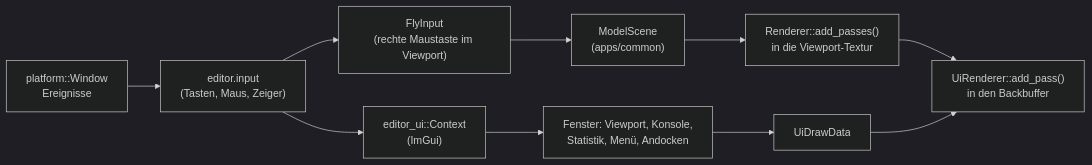
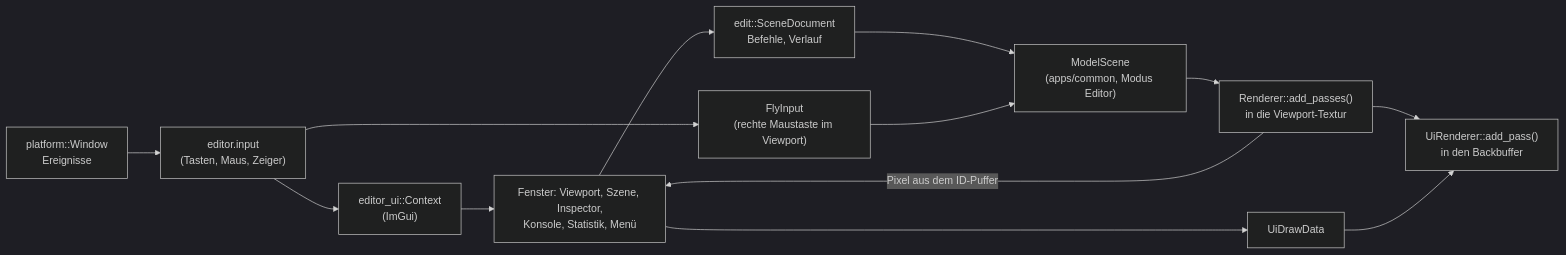
One commit to viiez/ngine changed the eighth of 14 diagrams in docs/architecture.md. Above: the diagram before and after it, drawn with Mermaid (dark theme). The commit also changed other lines of this file and 10 other files, not shown here.

````diff
--- a/docs/architecture.md
+++ b/docs/architecture.md
@@ -262,12 +266,15 @@
 ```mermaid
 flowchart LR
     events["platform::Window<br/>Ereignisse"] --> input["editor.input<br/>(Tasten, Maus, Zeiger)"]
     input --> ctx["editor_ui::Context<br/>(ImGui)"]
     input --> fly["FlyInput<br/>(rechte Maustaste im Viewport)"]
-    ctx --> panels["Fenster: Viewport, Konsole,<br/>Statistik, Menü, Andocken"]
+    ctx --> panels["Fenster: Viewport, Szene, Inspector,<br/>Konsole, Statistik, Menü"]
     panels --> list["UiDrawData"]
-    fly --> scene["ModelScene<br/>(apps/common)"]
+    panels --> doc["edit::SceneDocument<br/>Befehle, Verlauf"]
+    doc --> scene
+    fly --> scene["ModelScene<br/>(apps/common, Modus Editor)"]
     scene --> rpass["Renderer::add_passes()<br/>in die Viewport-Textur"]
+    rpass -- "Pixel aus dem ID-Puffer" --> panels
     rpass --> upass["UiRenderer::add_pass()<br/>in den Backbuffer"]
     list --> upass
 ```
````
